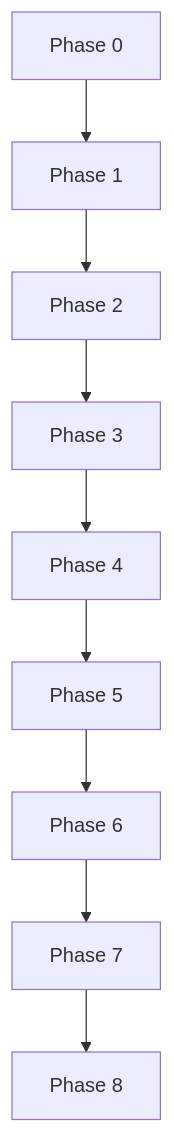
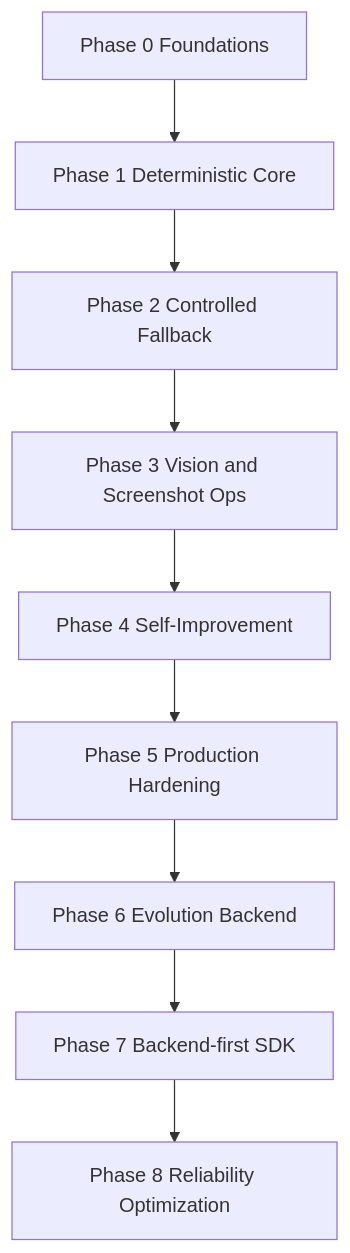
Before and after one commit to jedikim/web-testing: the diagram in doc/CODEX-IMPLEMENTATION-PLAN.en.md, drawn with Mermaid. The commit also changed other lines of this file and 27 other files, not shown here.

Commit message:
docs: refresh bilingual docs for current architecture and operations

````diff
--- a/doc/CODEX-IMPLEMENTATION-PLAN.en.md
+++ b/doc/CODEX-IMPLEMENTATION-PLAN.en.md
@@ -122,11 +16,11 @@
 ```mermaid
 flowchart TD
-    P0[Phase 0] --> P1[Phase 1]
-    P1 --> P2[Phase 2]
-    P2 --> P3[Phase 3]
-    P3 --> P4[Phase 4]
-    P4 --> P5[Phase 5]
-    P5 --> P6[Phase 6]
-    P6 --> P7[Phase 7]
-    P7 --> P8[Phase 8]
+    P0[Phase 0 Foundations] --> P1[Phase 1 Deterministic Core]
+    P1 --> P2[Phase 2 Controlled Fallback]
+    P2 --> P3[Phase 3 Vision and Screenshot Ops]
+    P3 --> P4[Phase 4 Self-Improvement]
+    P4 --> P5[Phase 5 Production Hardening]
+    P5 --> P6[Phase 6 Evolution Backend]
+    P6 --> P7[Phase 7 Backend-first SDK]
+    P7 --> P8[Phase 8 Reliability Optimization]
 ```
````
